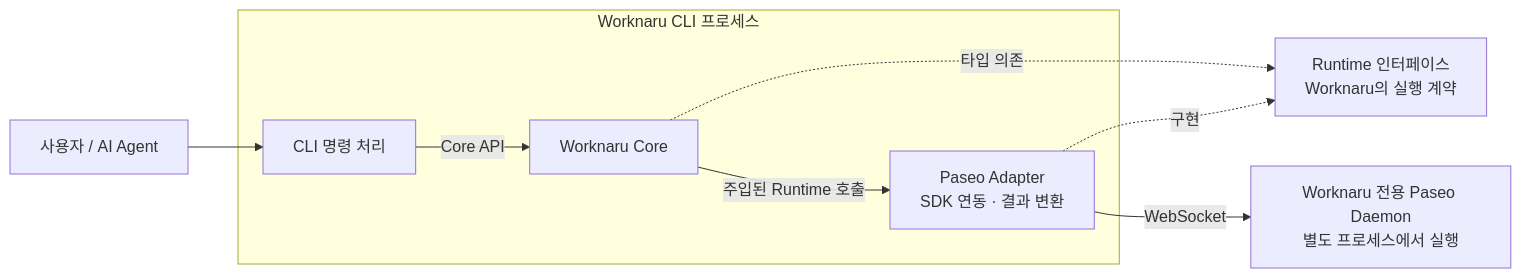
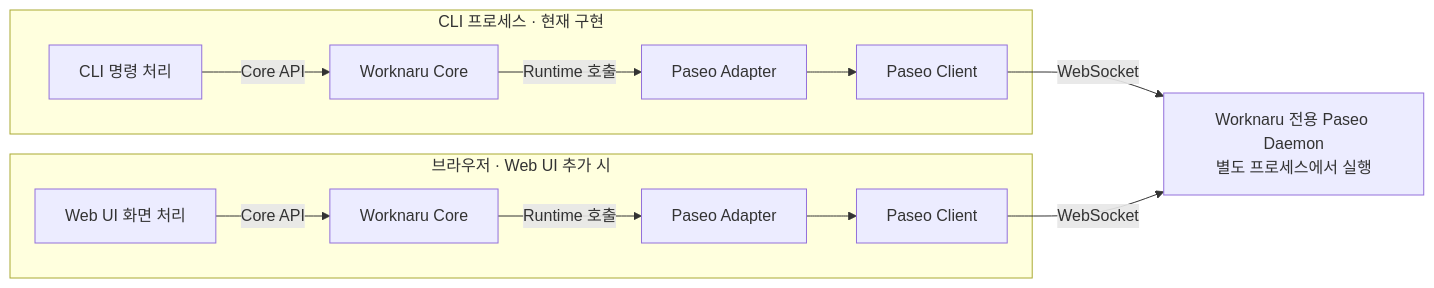
Before and after one commit to NaruForge/worknaru-dev: the diagram in docs/architecture.md, drawn with Mermaid. The commit also changed other lines of this file and 2 other files, not shown here.

First line of the commit message:
docs: define shared CLI and browser architecture

````diff
--- a/docs/architecture.md
+++ b/docs/architecture.md
@@ -21,14 +25,17 @@
 ```mermaid
 flowchart LR
-    caller["사용자 / AI Agent"] --> cli
-
-    subgraph cliProcess["Worknaru CLI 프로세스"]
-        cli["CLI 명령 처리"] -->|Core API| core["Worknaru Core"]
-        core -->|주입된 Runtime 호출| adapter["Paseo Adapter<br/>SDK 연동 · 결과 변환"]
+    subgraph cliProcess["CLI 프로세스 · 현재 구현"]
+        cli["CLI 명령 처리"] -->|Core API| cliCore["Worknaru Core"]
+        cliCore -->|Runtime 호출| cliAdapter["Paseo Adapter"]
+        cliAdapter --> cliClient["Paseo Client"]
     end
 
-    contract["Runtime 인터페이스<br/>Worknaru의 실행 계약"]
-    core -.->|타입 의존| contract
-    adapter -.->|구현| contract
-    adapter -->|WebSocket| daemon["Worknaru 전용 Paseo Daemon<br/>별도 프로세스에서 실행"]
+    subgraph browser["브라우저 · Web UI 추가 시"]
+        web["Web UI 화면 처리"] -->|Core API| webCore["Worknaru Core"]
+        webCore -->|Runtime 호출| webAdapter["Paseo Adapter"]
+        webAdapter --> webClient["Paseo Client"]
+    end
+
+    cliClient -->|WebSocket| daemon["Worknaru 전용 Paseo Daemon<br/>별도 프로세스에서 실행"]
+    webClient -->|WebSocket| daemon
 ```
````
